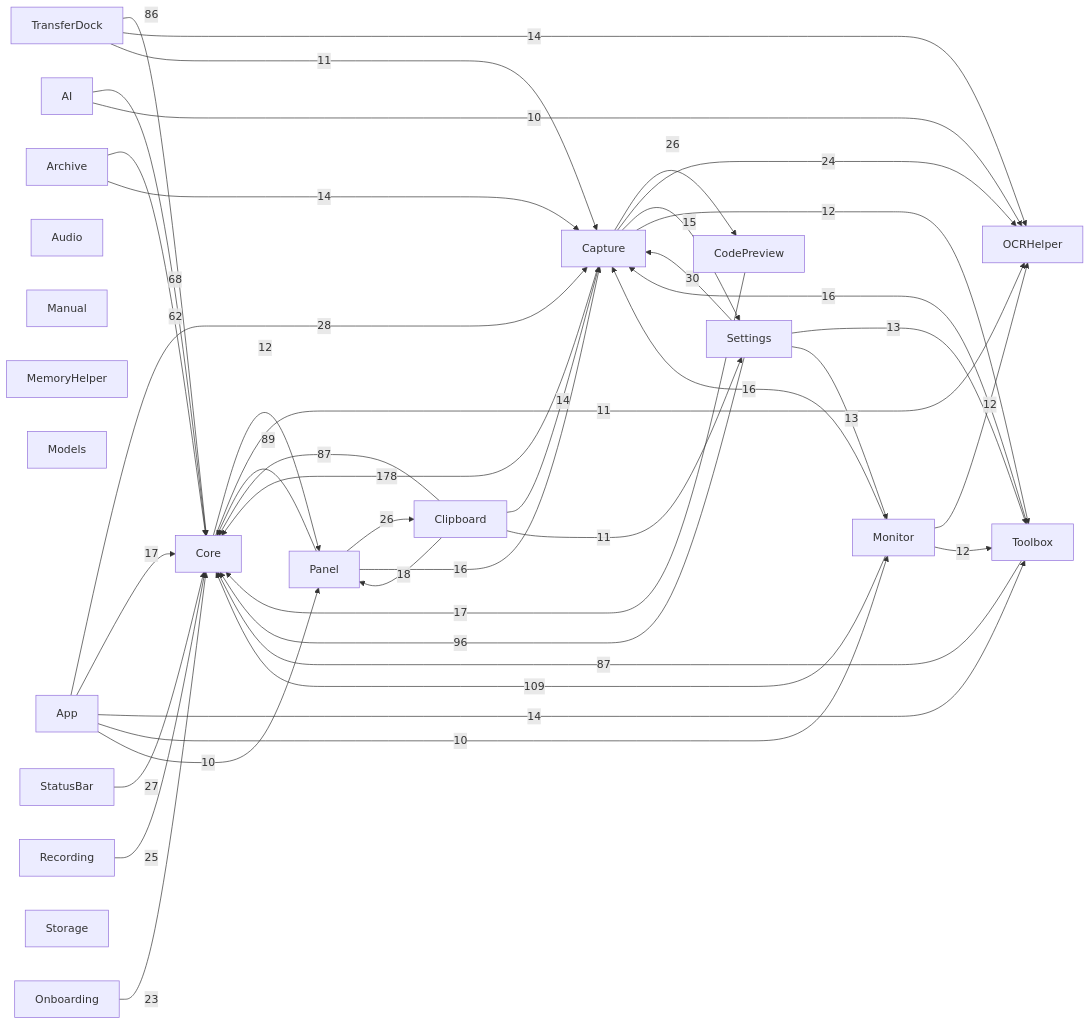
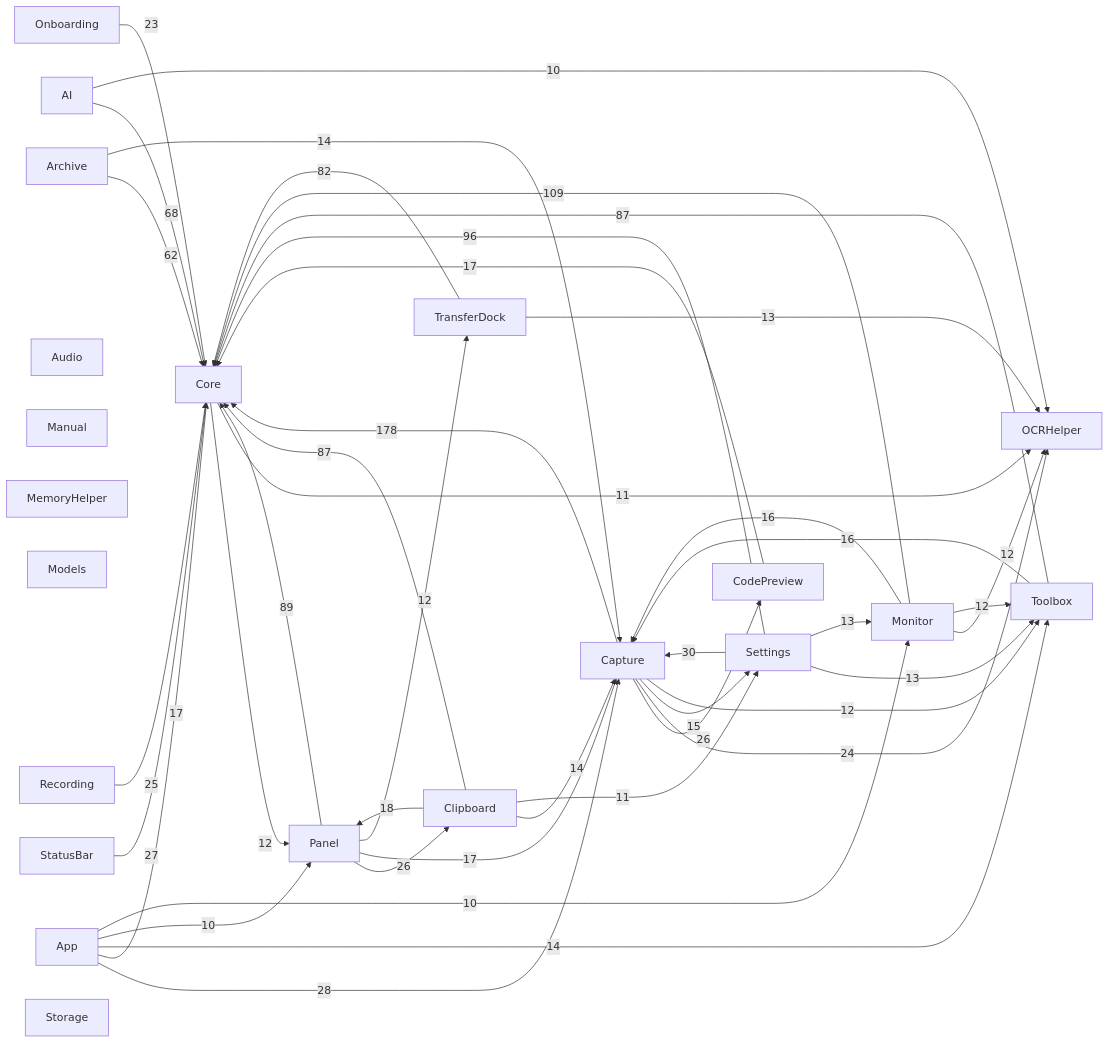
One commit to sxyq/Kitnest changed the diagram in docs/00-总览/模块依赖图.md. Above: the diagram before and after it, drawn with Mermaid. The commit also changed other lines of this file and 4 other files, not shown here.

````diff
--- a/docs/00-总览/模块依赖图.md
+++ b/docs/00-总览/模块依赖图.md
@@ -35,64 +35,64 @@
 ```mermaid
 flowchart LR
   M0["AI"]
   M1["App"]
   M2["Archive"]
   M3["Audio"]
   M4["Capture"]
   M5["Clipboard"]
   M6["CodePreview"]
   M7["Core"]
   M8["Manual"]
   M9["MemoryHelper"]
   M10["Models"]
   M11["Monitor"]
   M12["OCRHelper"]
   M13["Onboarding"]
   M14["Panel"]
   M15["Recording"]
   M16["Settings"]
   M17["StatusBar"]
   M18["Storage"]
   M19["Toolbox"]
   M20["TransferDock"]
   M4 -->|178| M7
   M11 -->|109| M7
   M16 -->|96| M7
   M14 -->|89| M7
   M19 -->|87| M7
   M5 -->|87| M7
-  M20 -->|86| M7
+  M20 -->|82| M7
   M0 -->|68| M7
   M2 -->|62| M7
   M16 -->|30| M4
   M1 -->|28| M4
   M17 -->|27| M7
   M4 -->|26| M6
   M14 -->|26| M5
   M15 -->|25| M7
   M4 -->|24| M12
   M13 -->|23| M7
   M5 -->|18| M14
   M1 -->|17| M7
+  M14 -->|17| M4
   M6 -->|17| M7
   M11 -->|16| M4
-  M14 -->|16| M4
   M19 -->|16| M4
   M4 -->|15| M16
   M1 -->|14| M19
   M2 -->|14| M4
-  M20 -->|14| M12
   M5 -->|14| M4
   M16 -->|13| M19
   M16 -->|13| M11
+  M20 -->|13| M12
   M7 -->|12| M14
   M4 -->|12| M19
   M11 -->|12| M12
   M11 -->|12| M19
+  M14 -->|12| M20
   M7 -->|11| M12
-  M20 -->|11| M4
   M5 -->|11| M16
+  M1 -->|10| M14
   M1 -->|10| M11
-  M1 -->|10| M14
   M0 -->|10| M12
 ```
````
